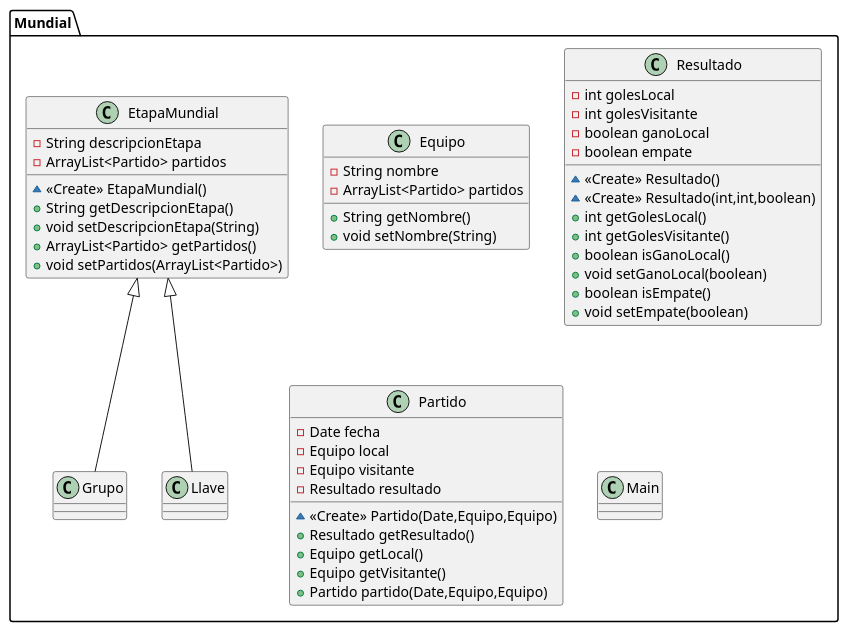
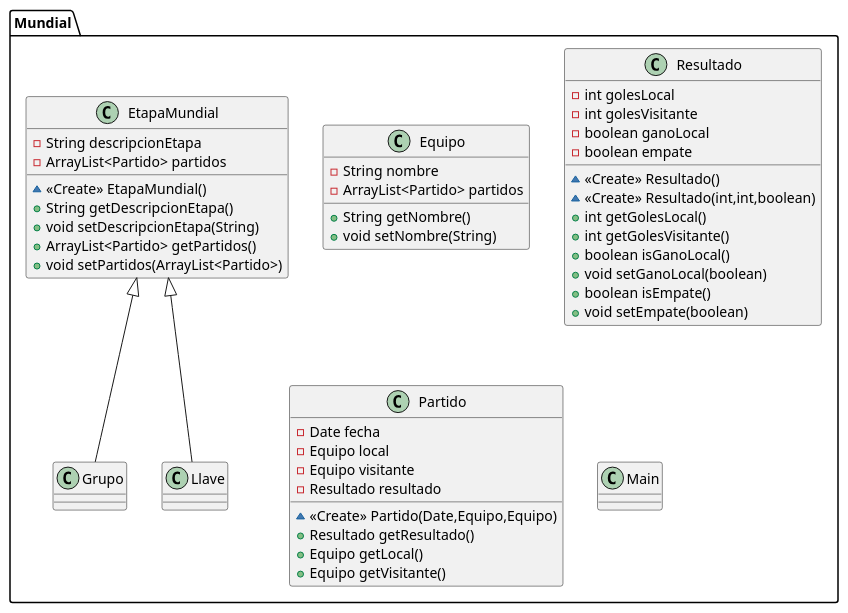
The diagram in DiagramaMundial.puml (NachoArmen/TrabajoPractico), drawn with PlantUML before and after one commit. The commit also changed 1 other file, not shown here.

```diff
--- a/DiagramaMundial.puml
+++ b/DiagramaMundial.puml
@@ -1,52 +1,51 @@
 @startuml
 class Mundial.Equipo {
 - String nombre
 - ArrayList<Partido> partidos
 + String getNombre()
 + void setNombre(String)
 }
 class Mundial.Grupo {
 }
 class Mundial.Resultado {
 - int golesLocal
 - int golesVisitante
 - boolean ganoLocal
 - boolean empate
 ~ <<Create>> Resultado()
 ~ <<Create>> Resultado(int,int,boolean)
 + int getGolesLocal()
 + int getGolesVisitante()
 + boolean isGanoLocal()
 + void setGanoLocal(boolean)
 + boolean isEmpate()
 + void setEmpate(boolean)
 }
 class Mundial.Partido {
 - Date fecha
 - Equipo local
 - Equipo visitante
 - Resultado resultado
 ~ <<Create>> Partido(Date,Equipo,Equipo)
 + Resultado getResultado()
 + Equipo getLocal()
 + Equipo getVisitante()
-+ Partido partido(Date,Equipo,Equipo)
 }
 class Mundial.Main {
 }
 class Mundial.Llave {
 }
 class Mundial.EtapaMundial {
 - String descripcionEtapa
 - ArrayList<Partido> partidos
 ~ <<Create>> EtapaMundial()
 + String getDescripcionEtapa()
 + void setDescripcionEtapa(String)
 + ArrayList<Partido> getPartidos()
 + void setPartidos(ArrayList<Partido>)
 }
 
 
 Mundial.EtapaMundial <|-- Mundial.Grupo
 Mundial.EtapaMundial <|-- Mundial.Llave
 @enduml
```
